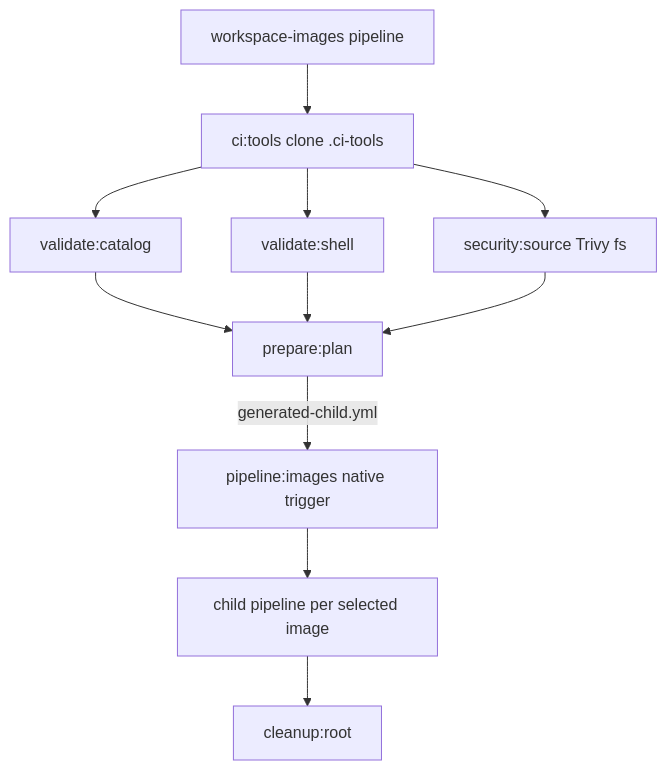
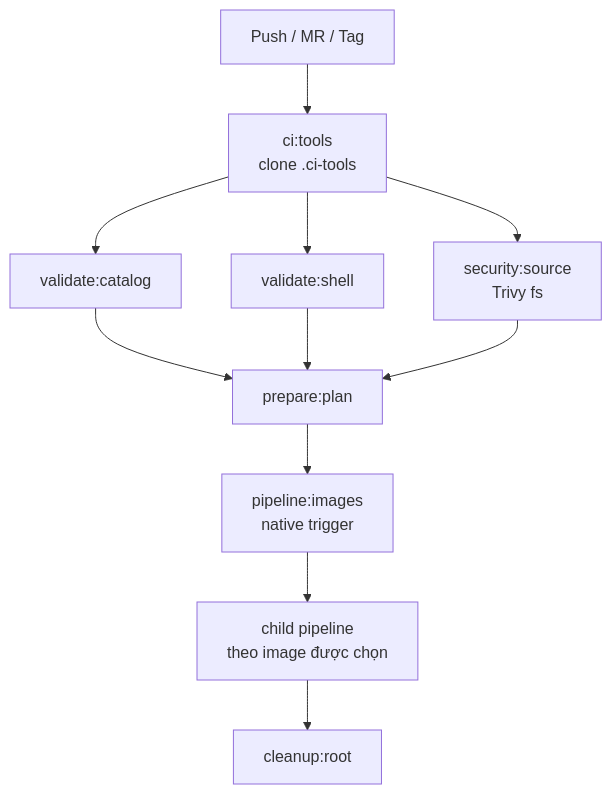
One commit to solution156/ci-core changed the second of 5 diagrams in README.md. Above: the diagram before and after it, drawn with Mermaid. The commit also changed other lines of this file, not shown here.

````diff
--- a/README.md
+++ b/README.md
@@ -99,13 +96,13 @@
 ```mermaid
 flowchart TD
-    A[workspace-images pipeline] --> B[ci:tools clone .ci-tools]
-    B --> C[validate:catalog]
-    B --> D[validate:shell]
-    B --> E[security:source Trivy fs]
-    C --> F[prepare:plan]
+    A["Push / MR / Tag"] --> B["ci:tools<br/>clone .ci-tools"]
+    B --> C["validate:catalog"]
+    B --> D["validate:shell"]
+    B --> E["security:source<br/>Trivy fs"]
+    C --> F["prepare:plan"]
     D --> F
     E --> F
-    F -->|generated-child.yml| G[pipeline:images native trigger]
-    G --> H[child pipeline per selected image]
-    H --> I[cleanup:root]
+    F --> G["pipeline:images<br/>native trigger"]
+    G --> H["child pipeline<br/>theo image được chọn"]
+    H --> I["cleanup:root"]
 ```
````
